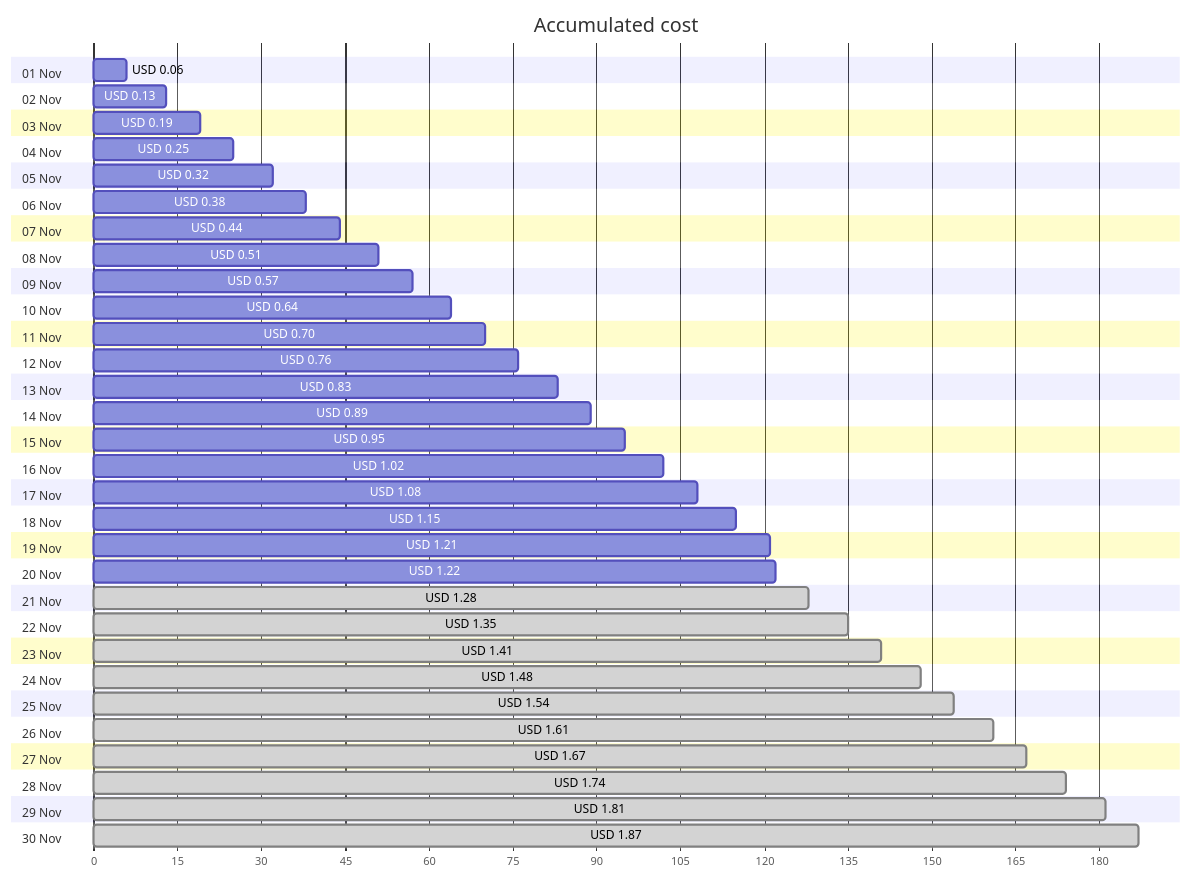
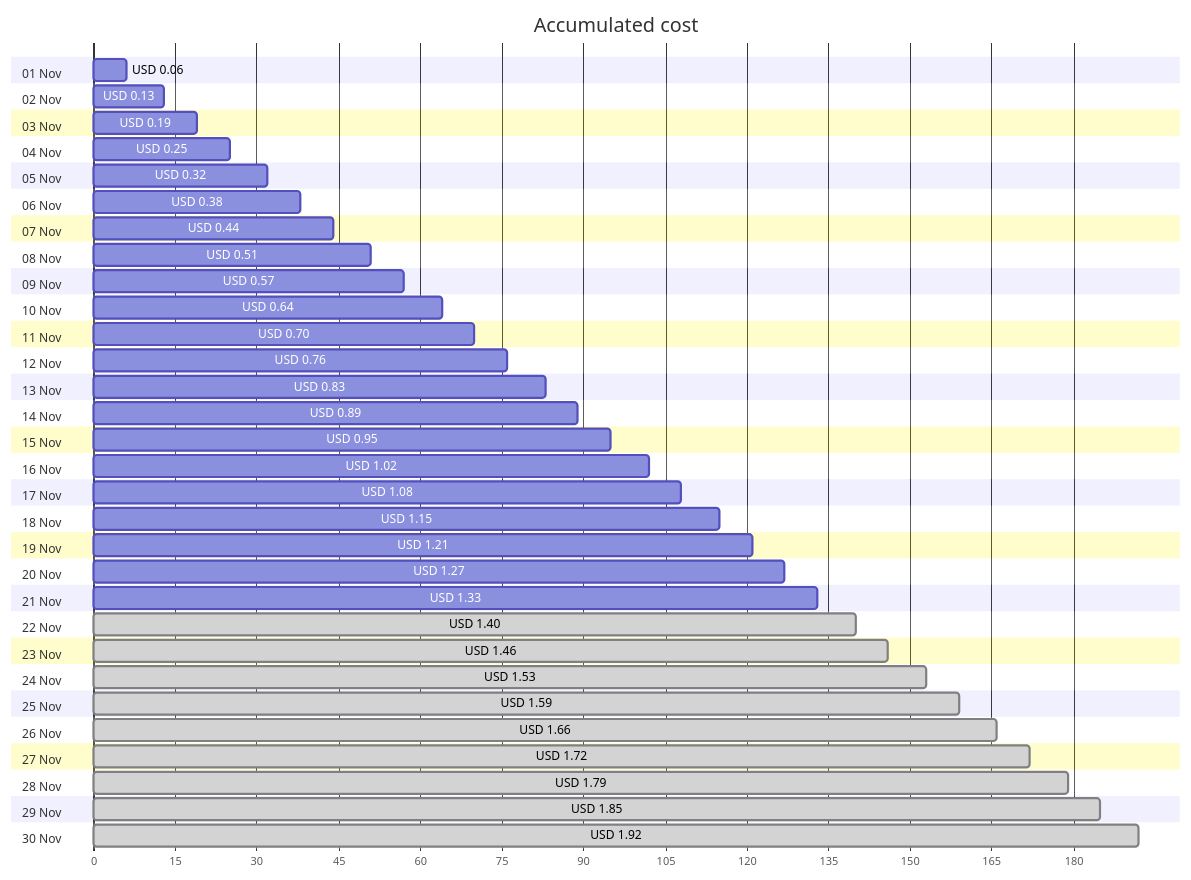
The first of 4 diagrams in cost-reports/personal-network/vpn-server_OsDisk.md (jpfulton/azure-personal-reports), drawn with Mermaid before and after one commit. The commit also changed other lines of this file and 8 other files, not shown here.

````diff
--- a/cost-reports/personal-network/vpn-server_OsDisk.md
+++ b/cost-reports/personal-network/vpn-server_OsDisk.md
@@ -20,66 +20,66 @@
 ```mermaid
 gantt
    title Accumulated cost
    dateFormat  X
    axisFormat %s
    section 01 Nov
    USD 0.06 :0, 6
    section 02 Nov
    USD 0.13 :0, 13
    section 03 Nov
    USD 0.19 :0, 19
    section 04 Nov
    USD 0.25 :0, 25
    section 05 Nov
    USD 0.32 :0, 32
    section 06 Nov
    USD 0.38 :0, 38
    section 07 Nov
    USD 0.44 :0, 44
    section 08 Nov
    USD 0.51 :0, 51
    section 09 Nov
    USD 0.57 :0, 57
    section 10 Nov
    USD 0.64 :0, 64
    section 11 Nov
    USD 0.70 :0, 70
    section 12 Nov
    USD 0.76 :0, 76
    section 13 Nov
    USD 0.83 :0, 83
    section 14 Nov
    USD 0.89 :0, 89
    section 15 Nov
    USD 0.95 :0, 95
    section 16 Nov
    USD 1.02 :0, 102
    section 17 Nov
    USD 1.08 :0, 108
    section 18 Nov
    USD 1.15 :0, 115
    section 19 Nov
    USD 1.21 :0, 121
    section 20 Nov
-   USD 1.22 :0, 122
+   USD 1.27 :0, 127
    section 21 Nov
-   USD 1.28 : done, 0, 128
+   USD 1.33 :0, 133
    section 22 Nov
-   USD 1.35 : done, 0, 135
+   USD 1.40 : done, 0, 140
    section 23 Nov
-   USD 1.41 : done, 0, 141
+   USD 1.46 : done, 0, 146
    section 24 Nov
-   USD 1.48 : done, 0, 148
+   USD 1.53 : done, 0, 153
    section 25 Nov
-   USD 1.54 : done, 0, 154
+   USD 1.59 : done, 0, 159
    section 26 Nov
-   USD 1.61 : done, 0, 161
+   USD 1.66 : done, 0, 166
    section 27 Nov
-   USD 1.67 : done, 0, 167
+   USD 1.72 : done, 0, 172
    section 28 Nov
-   USD 1.74 : done, 0, 174
+   USD 1.79 : done, 0, 179
    section 29 Nov
-   USD 1.81 : done, 0, 181
+   USD 1.85 : done, 0, 185
    section 30 Nov
-   USD 1.87 : done, 0, 187
+   USD 1.92 : done, 0, 192
 ```
````
